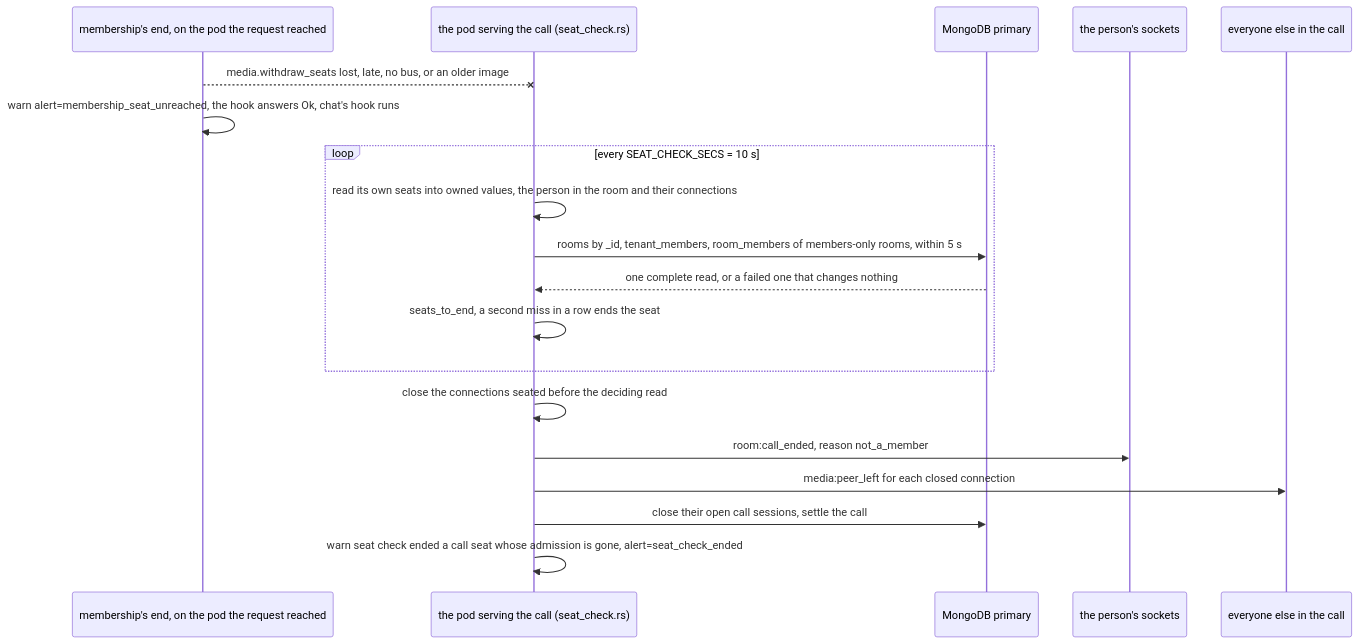
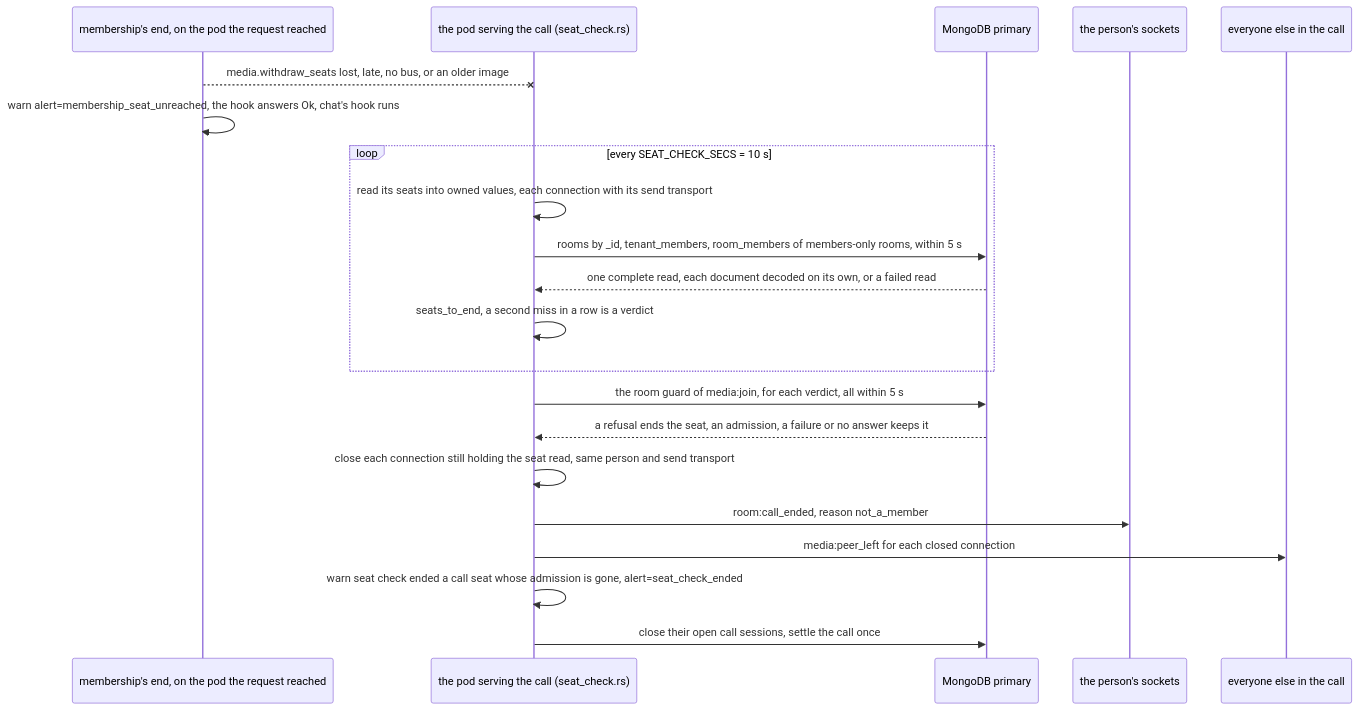
One commit to gjovanov/roomler-ai changed the fifth of 12 diagrams in docs/real-time.md. Above: the diagram before and after it, drawn with Mermaid. The commit also changed other lines of this file and 5 other files, not shown here.

````diff
--- a/docs/real-time.md
+++ b/docs/real-time.md
@@ -341,21 +345,23 @@
 ```mermaid
 sequenceDiagram
     participant R as membership's end, on the pod the request reached
     participant O as the pod serving the call (seat_check.rs)
     participant DB as MongoDB primary
     participant M as the person's sockets
     participant P as everyone else in the call
     R--xO: media.withdraw_seats lost, late, no bus, or an older image
     R->>R: warn alert=membership_seat_unreached, the hook answers Ok, chat's hook runs
     loop every SEAT_CHECK_SECS = 10 s
-        O->>O: read its own seats into owned values, the person in the room and their connections
+        O->>O: read its seats into owned values, each connection with its send transport
         O->>DB: rooms by _id, tenant_members, room_members of members-only rooms, within 5 s
-        DB-->>O: one complete read, or a failed one that changes nothing
-        O->>O: seats_to_end, a second miss in a row ends the seat
+        DB-->>O: one complete read, each document decoded on its own, or a failed read
+        O->>O: seats_to_end, a second miss in a row is a verdict
     end
-    O->>O: close the connections seated before the deciding read
+    O->>DB: the room guard of media:join, for each verdict, all within 5 s
+    DB-->>O: a refusal ends the seat, an admission, a failure or no answer keeps it
+    O->>O: close each connection still holding the seat read, same person and send transport
     O->>M: room:call_ended, reason not_a_member
     O->>P: media:peer_left for each closed connection
-    O->>DB: close their open call sessions, settle the call
     O->>O: warn seat check ended a call seat whose admission is gone, alert=seat_check_ended
+    O->>DB: close their open call sessions, settle the call once
 ```
````
